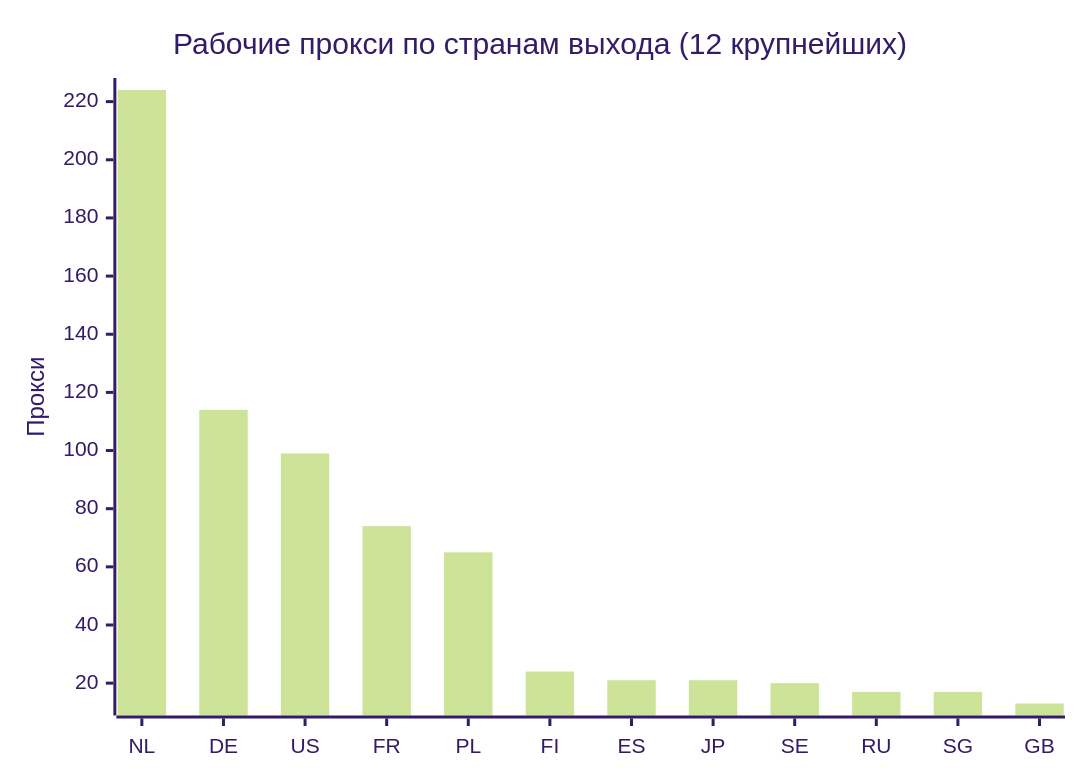
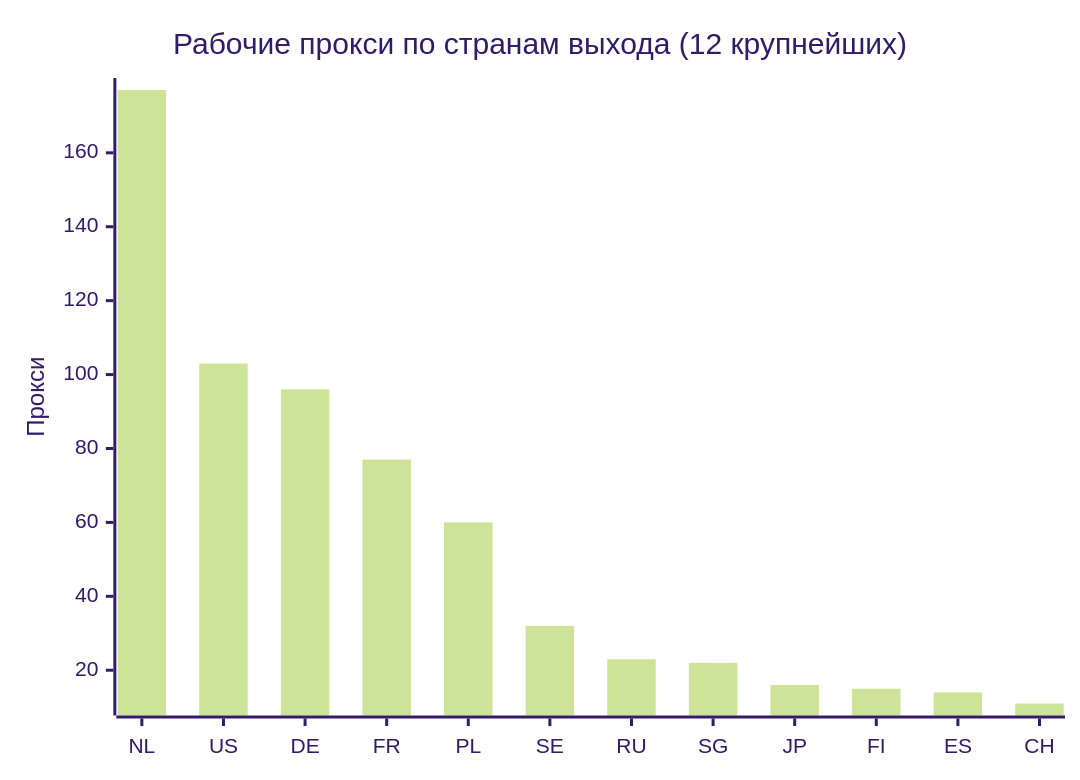
The second of 4 diagrams in README.md (rvvg/proxy-subs), drawn with Mermaid (forest theme) before and after one commit. The commit also changed other lines of this file and 51 other files, not shown here.

````diff
--- a/README.md
+++ b/README.md
@@ -131,7 +129,7 @@
 ```mermaid
 xychart-beta
     title "Рабочие прокси по странам выхода (12 крупнейших)"
-    x-axis ["NL", "DE", "US", "FR", "PL", "FI", "ES", "JP", "SE", "RU", "SG", "GB"]
+    x-axis ["NL", "US", "DE", "FR", "PL", "SE", "RU", "SG", "JP", "FI", "ES", "CH"]
     y-axis "Прокси"
-    bar [224, 114, 99, 74, 65, 24, 21, 21, 20, 17, 17, 13]
+    bar [177, 103, 96, 77, 60, 32, 23, 22, 16, 15, 14, 11]
 ```
````
